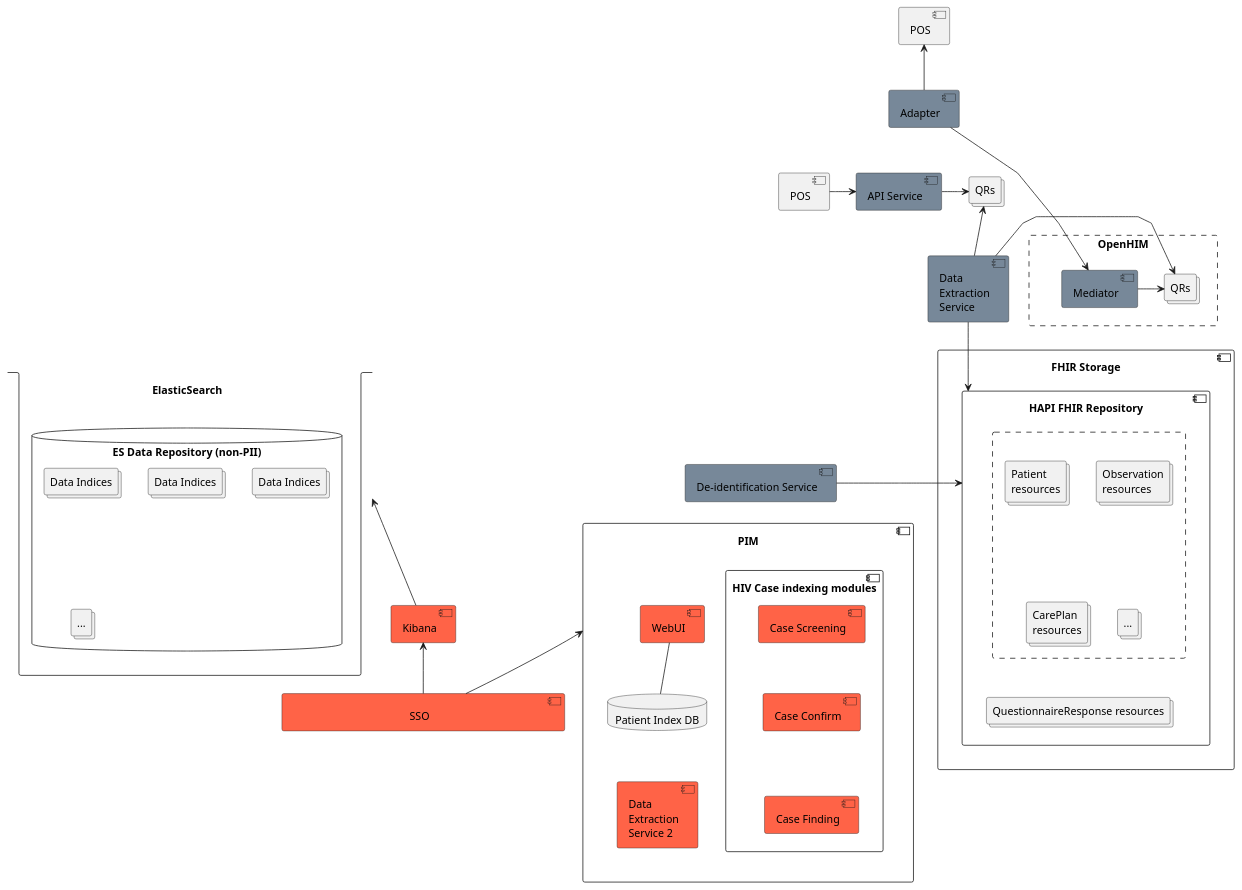
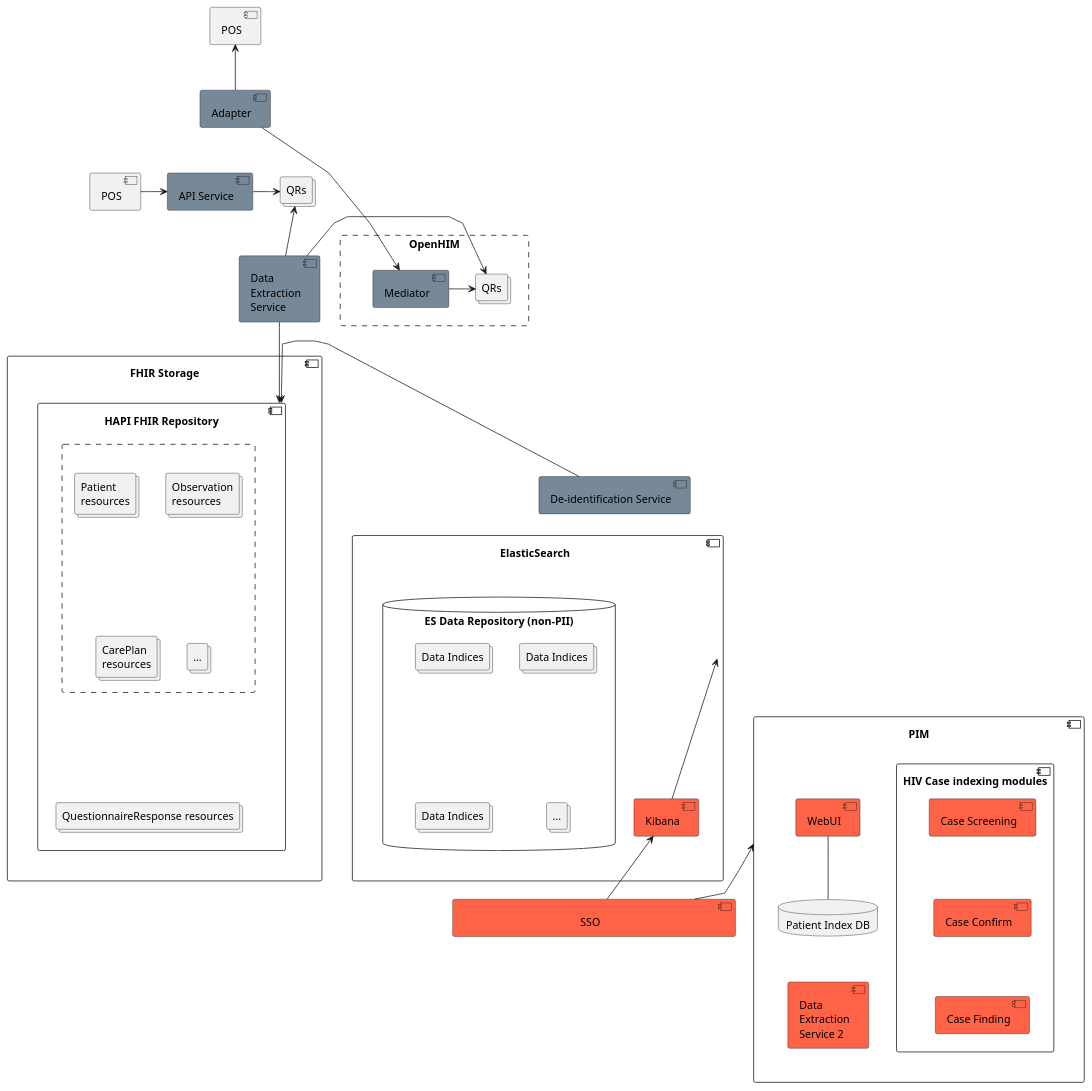
The diagram in input/images-source/architecture_current.plantuml (openhie/case-reporting-hiv-vn), drawn with PlantUML before and after one commit. The commit also changed 1 other file, not shown here.

```diff
--- a/input/images-source/architecture_current.plantuml
+++ b/input/images-source/architecture_current.plantuml
@@ -1,115 +1,123 @@
 @startuml
 skinparam linetype polyline
 hide circle
 hide stereotype
 
 skinparam rectangle<<dash>> {
     borderStyle dashed
    } 
 
 skinparam component<<viettel>> {
     backgroundColor Tomato
    } 
 
 skinparam component<<globits>> {
     backgroundColor LightSlateGrey
    } 
 
 
 component "FHIR Storage" as FHIR {
   component "HAPI FHIR Repository" as HAPI{
   rectangle "  " as rect <<dash>>{
     collections "Patient\nresources" as Pat
     collections "CarePlan\nresources" as CPl
     collections "Observation\nresources" as Obs
     collections "..." as etc
     }
   collections "QuestionnaireResponse resources" as QR
   }
 
   Pat -[hidden]r- Obs
   Pat -[hidden]d- CPl
   CPl -[hidden]d- QR
   CPl -[hidden]r- etc
  
 }
 
 
 component "                                          SSO                                          " as SSO <<viettel>> { 
 }
 
 HAPI -[hidden]r- PIM
 
 component "Patient Identity Management" as PIM{
     component WebUI <<viettel>>
     component "Data\nExtraction\nService 2" as DES2 <<viettel>>
     component "HIV Case indexing modules" as CIdx {
      component "Case Finding" as CF <<viettel>>
      component "Case Screening" as CS <<viettel>>
      component "Case Confirm" as CC <<viettel>>
 
      CS -[hidden]d- CC
      CC -[hidden]d- CF
 
     }
     database "Patient Index DB" as SQL <<viettel>>
 
     WebUI -d- SQL
     WebUI -[hidden]r- CIdx
     SQL -[hidden]d- DES2
   }
 
 
 
 
-  stack "                   **ElasticSearch**                     \n" as ELK{
-    database "ES Data Repository (non-PII)" {
+  component "                   **ElasticSearch**                     \n" as ELK{
+    database "ES Data Repository (non-PII)" as ES {
     collections "Data Indices" as DI1
     collections "Data Indices" as DI2
     collections "Data Indices" as DI3
     collections "..." as DI4
     }
+    
+    DI1 -[hidden]d- DI2
+    DI3 -[hidden]d- DI4
+    component Kibana <<viettel>>
   
   }
 
-component Kibana <<viettel>>
+FHIR -[hidden]r- ES
+FHIR -[hidden]d- ELK
+ELK -[hidden]d- PIM
+ELK -[hidden]u- PIM
+
 ' component "Data Extraction Service" as DES
 
 DI3 -[hidden]d- Kibana
 Kibana <-d- SSO
 PIM -[hidden]d- SSO
 
 
 component "Data\nExtraction\nService" as DES <<globits>>
 component "API Service" as API <<globits>>
 component "Adapter" as Adp <<globits>>
 component "De-identification Service" as DID <<globits>>
 component "POS" as POS
 component "POS" as POS2
 rectangle  OpenHIM <<dash>>{
   component "Mediator" as Med <<globits>>
   collections "QRs" as QRs
 }
 collections "QRs" as QRs2
 
 POS2 -r-> API
 API  -r-> QRs2
 
 POS <-d- Adp
 Adp -r-> Med
 Med -r-> QRs
 
 Adp -[hidden]d- POS2
 
 OpenHIM -[hidden]r- DES
 QRs <-r- DES
 QRs2 <-- DES
 
 DES -d-> HAPI
 DID -l-> HAPI
 DID -[hidden]d-> WebUI
 
 Kibana -u-> ELK
 SSO -u-> PIM
 
 @enduml
```
